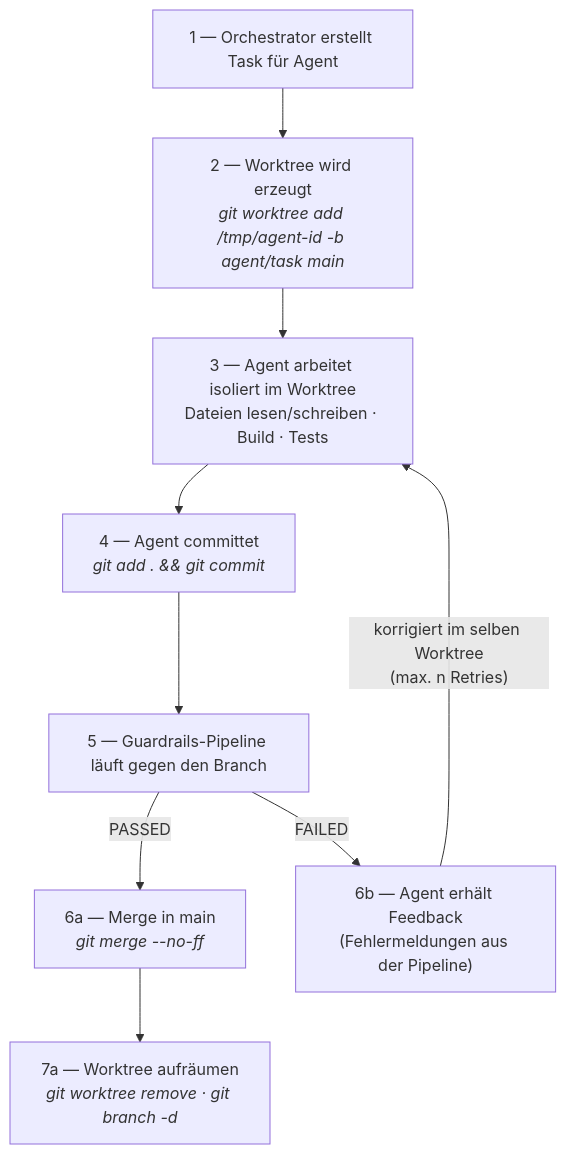
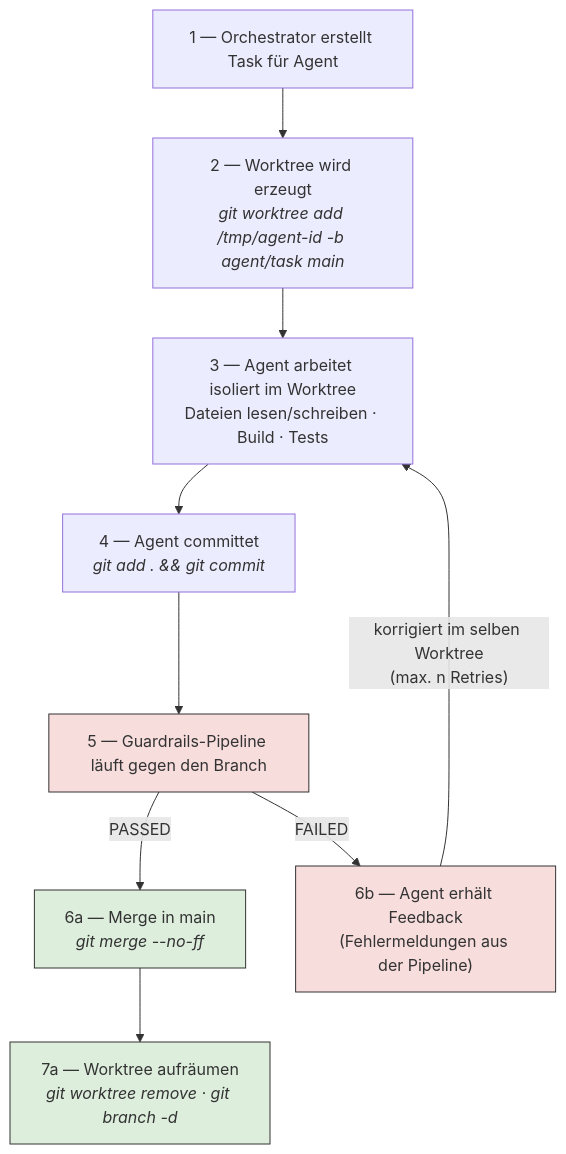
The diagram in abbildungen/abb-worktree.mmd (mjanda0815/agentic-publikation), drawn with Mermaid before and after one commit. The commit also changed 62 other files, not shown here.

```diff
--- a/abbildungen/abb-worktree.mmd
+++ b/abbildungen/abb-worktree.mmd
@@ -1,13 +1,17 @@
 flowchart TB
     S1["1 — Orchestrator erstellt Task für Agent"]
     S2["2 — Worktree wird erzeugt<br/><i>git worktree add /tmp/agent-id -b agent/task main</i>"]
     S3["3 — Agent arbeitet isoliert im Worktree<br/>Dateien lesen/schreiben · Build · Tests"]
     S4["4 — Agent committet<br/><i>git add . && git commit</i>"]
     S5["5 — Guardrails-Pipeline läuft gegen den Branch"]
     M["6a — Merge in main<br/><i>git merge --no-ff</i>"]
     C["7a — Worktree aufräumen<br/><i>git worktree remove · git branch -d</i>"]
     FB["6b — Agent erhält Feedback<br/>(Fehlermeldungen aus der Pipeline)"]
     S1 --> S2 --> S3 --> S4 --> S5
     S5 -- "PASSED" --> M --> C
     S5 -- "FAILED" --> FB
     FB -- "korrigiert im selben Worktree<br/>(max. n Retries)" --> S3
+    classDef gate fill:#f8dddd,stroke:#333333
+    classDef ok fill:#ddeedd,stroke:#333333
+    class S5,FB gate
+    class M,C ok
```
